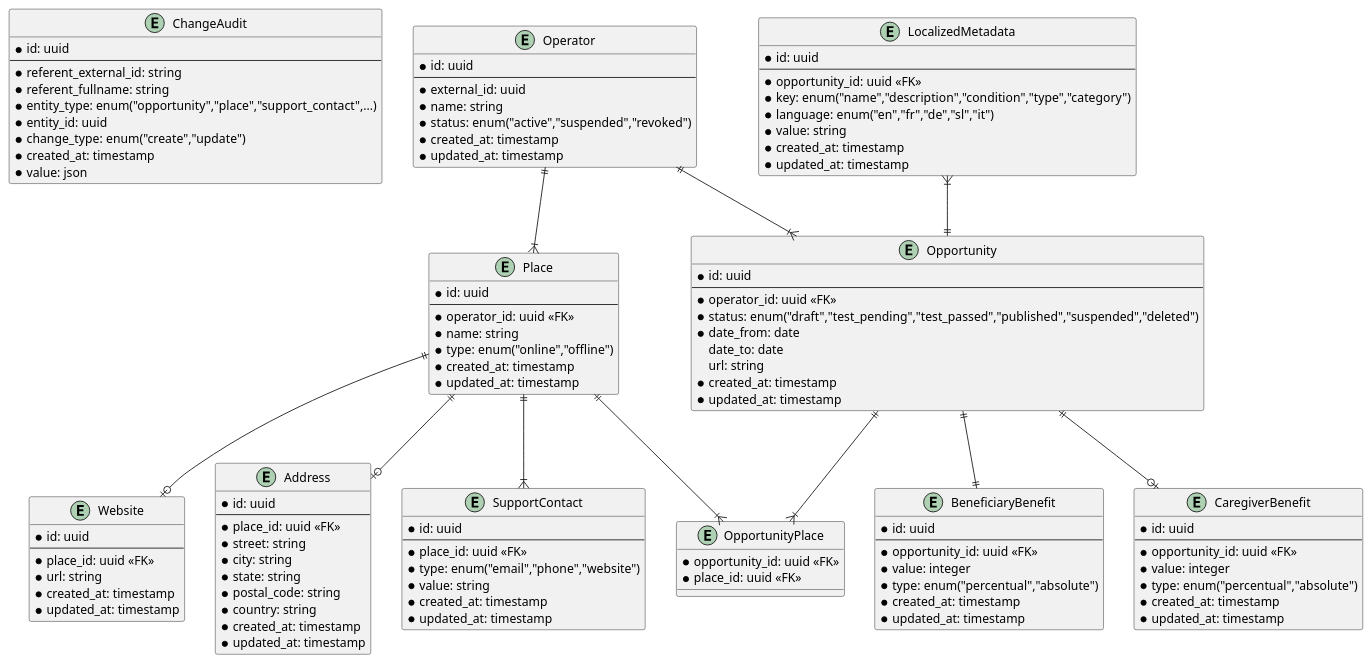
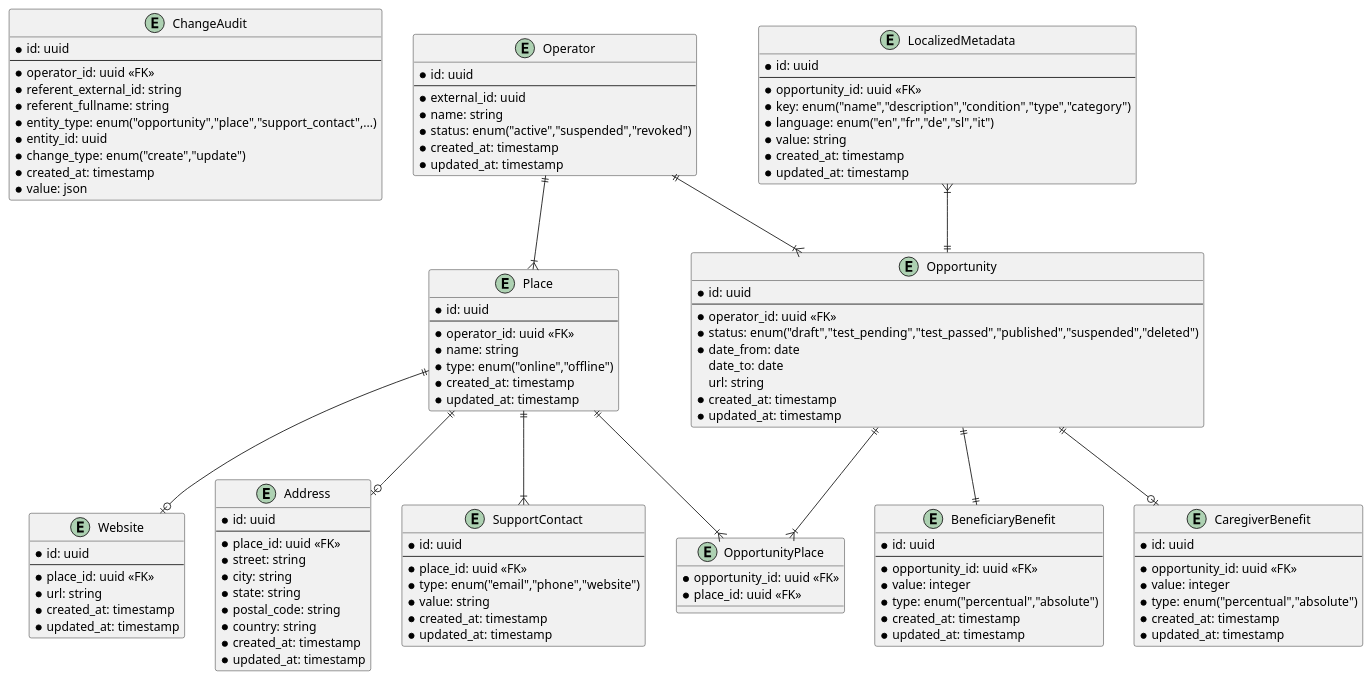
The diagram in docs/backoffice/er.puml (pagopa/io-growth), drawn with PlantUML before and after one commit.

Commit message:
(doc): added operator id to audit

```diff
--- a/docs/backoffice/er.puml
+++ b/docs/backoffice/er.puml
@@ -1,126 +1,127 @@
 @startuml ced_er_diagram
 
 entity ChangeAudit {
     * id: uuid
     --
+    * operator_id: uuid <<FK>>
     * referent_external_id: string
     * referent_fullname: string
     * entity_type: enum("opportunity","place","support_contact",...)
     * entity_id: uuid
     * change_type: enum("create","update")
     * created_at: timestamp
     * value: json
 }
 
 entity Operator {
     * id: uuid
     --
     * external_id: uuid
     * name: string
     * status: enum("active","suspended","revoked")
     * created_at: timestamp
     * updated_at: timestamp
 }
 
 entity Place {
     * id: uuid
     --
     * operator_id: uuid <<FK>>
     * name: string
     * type: enum("online","offline")
     * created_at: timestamp
     * updated_at: timestamp
 }
 
 entity Website {
     * id: uuid
     --
     * place_id: uuid <<FK>>
     * url: string
     * created_at: timestamp
     * updated_at: timestamp
 }
 
 entity Address {
     * id: uuid
     --
     * place_id: uuid <<FK>>
     * street: string
     * city: string
     * state: string
     * postal_code: string
     * country: string
     * created_at: timestamp
     * updated_at: timestamp
 }
 
 entity SupportContact {
     * id: uuid
     --
     * place_id: uuid <<FK>>
     * type: enum("email","phone","website")
     * value: string
     * created_at: timestamp
     * updated_at: timestamp
 }
 
 entity OpportunityPlace {
     * opportunity_id: uuid <<FK>>
     * place_id: uuid <<FK>>
 }
 
 entity Opportunity {
     * id: uuid
     --
     * operator_id: uuid <<FK>>
     * status: enum("draft","test_pending","test_passed","published","suspended","deleted")
     * date_from: date
     date_to: date
     url: string
     * created_at: timestamp
     * updated_at: timestamp
 }
 
 entity BeneficiaryBenefit {
     * id: uuid
     --
     * opportunity_id: uuid <<FK>>
     * value: integer
     * type: enum("percentual","absolute")
     * created_at: timestamp
     * updated_at: timestamp
 }
 
 entity CaregiverBenefit {
     * id: uuid
     --
     * opportunity_id: uuid <<FK>>
     * value: integer
     * type: enum("percentual","absolute")
     * created_at: timestamp
     * updated_at: timestamp
 }
 
 entity LocalizedMetadata {
     * id: uuid
     --
     * opportunity_id: uuid <<FK>>
     * key: enum("name","description","condition","type","category")
     * language: enum("en","fr","de","sl","it")
     * value: string
     * created_at: timestamp
     * updated_at: timestamp
 }
 
 Operator ||--|{ Place
 Operator ||--|{ Opportunity
 Place ||--o| Address
 Place ||--o| Website
 Place ||--|{ SupportContact
 Place ||--|{ OpportunityPlace
 Opportunity ||--|{ OpportunityPlace
 LocalizedMetadata }|--|| Opportunity
 Opportunity ||--|| BeneficiaryBenefit
 Opportunity ||--o| CaregiverBenefit
 
 @enduml
```
